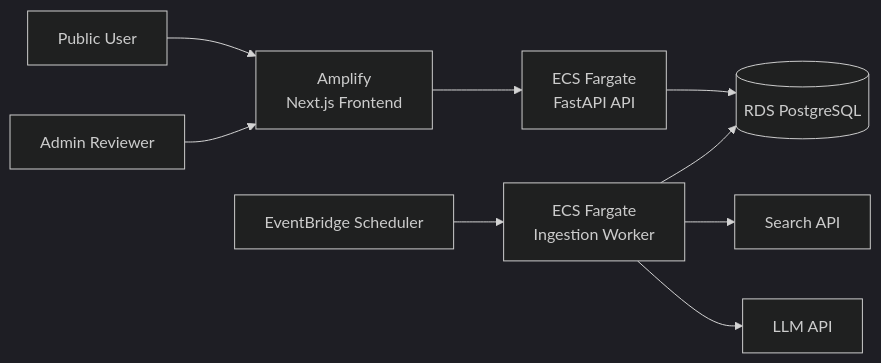
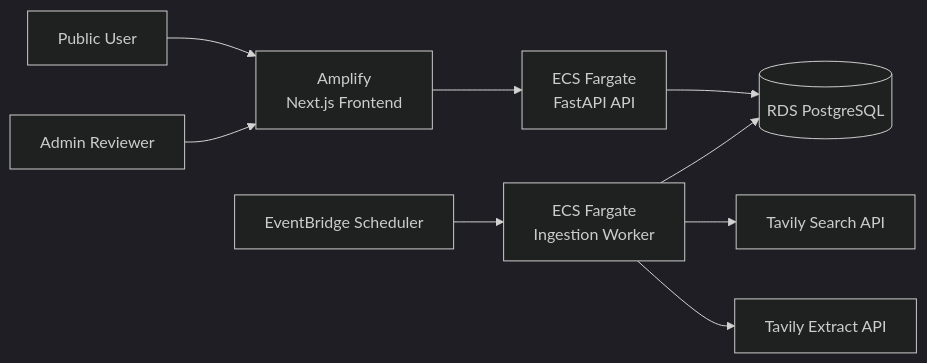
Before and after one commit to lblaseygg/coastal-watch: the diagram in docs/architecture/aws.md, drawn with Mermaid (dark theme). The commit also changed other lines of this file and 10 other files, not shown here.

````diff
--- a/docs/architecture/aws.md
+++ b/docs/architecture/aws.md
@@ -15,14 +15,14 @@
 ```mermaid
 flowchart LR
     User[Public User] --> Amplify[Amplify<br/>Next.js Frontend]
     Admin[Admin Reviewer] --> Amplify
 
     Amplify --> API[ECS Fargate<br/>FastAPI API]
     API --> RDS[(RDS PostgreSQL)]
 
     EventBridge[EventBridge Scheduler] --> Worker[ECS Fargate<br/>Ingestion Worker]
 
-    Worker --> Search[Search API]
-    Worker --> AI[LLM API]
+    Worker --> Search[Tavily Search API]
+    Worker --> Extract[Tavily Extract API]
     Worker --> RDS
 ```
````
